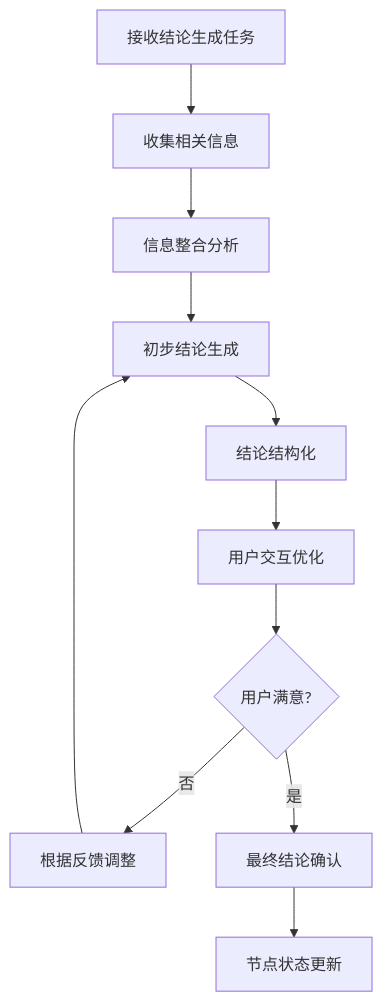
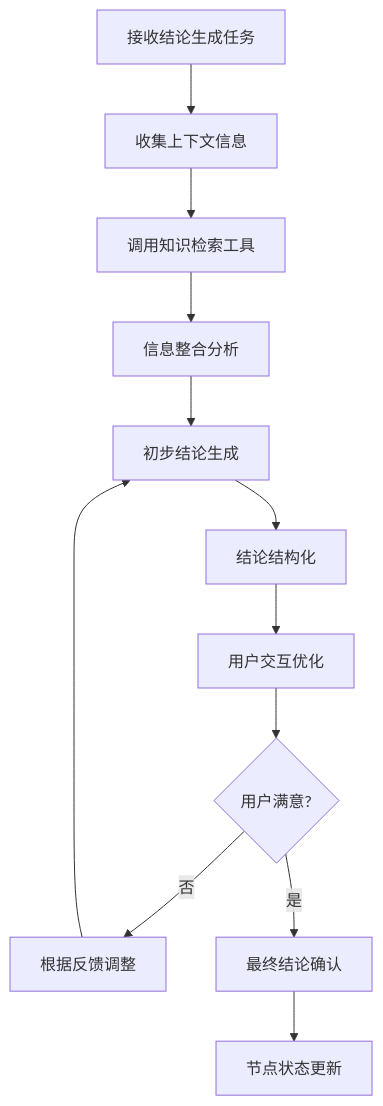
The fifth of 7 diagrams in docs/agent-system-design.md (PGshen/thinking-map), drawn with Mermaid before and after one commit. The commit also changed other lines of this file, not shown here.

````diff
--- a/docs/agent-system-design.md
+++ b/docs/agent-system-design.md
@@ -164,13 +197,14 @@
 ```mermaid
 flowchart TD
-    A[接收结论生成任务] --> B[收集相关信息]
-    B --> C[信息整合分析]
-    C --> D[初步结论生成]
-    D --> E[结论结构化]
-    E --> F[用户交互优化]
-    F --> G{用户满意?}
-    G -->|否| H[根据反馈调整]
-    H --> D
-    G -->|是| I[最终结论确认]
-    I --> J[节点状态更新]
+    A[接收结论生成任务] --> B[收集上下文信息]
+    B --> C[调用知识检索工具]
+    C --> D[信息整合分析]
+    D --> E[初步结论生成]
+    E --> F[结论结构化]
+    F --> G[用户交互优化]
+    G --> H{用户满意?}
+    H -->|否| I[根据反馈调整]
+    I --> E
+    H -->|是| J[最终结论确认]
+    J --> K[节点状态更新]
 ```
````
